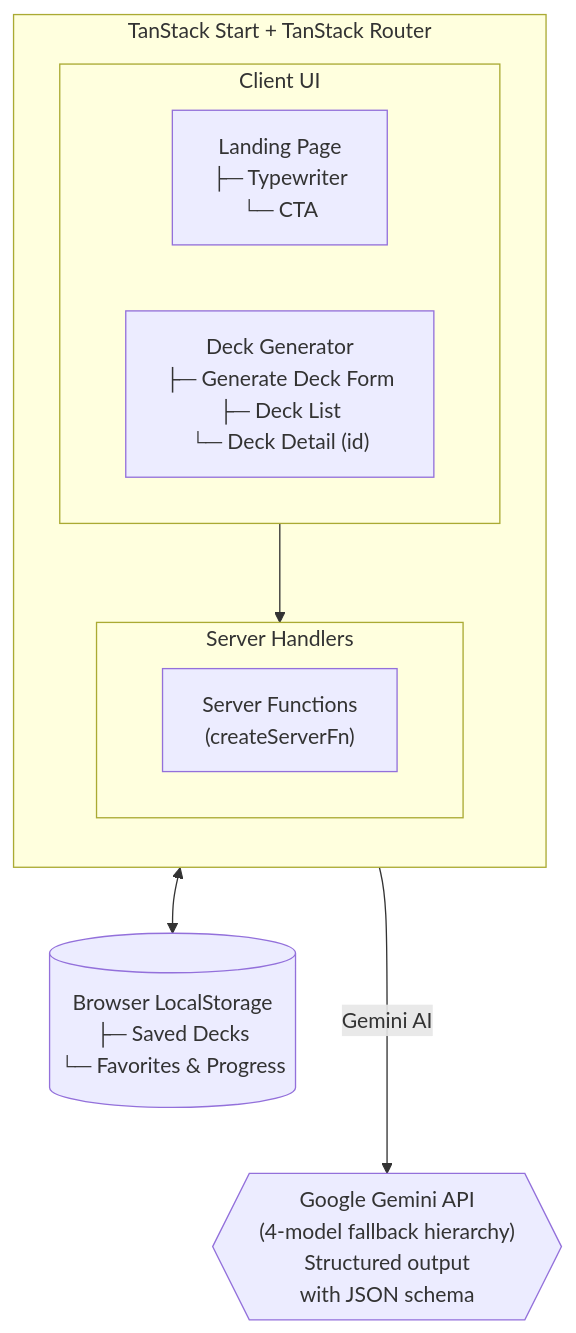
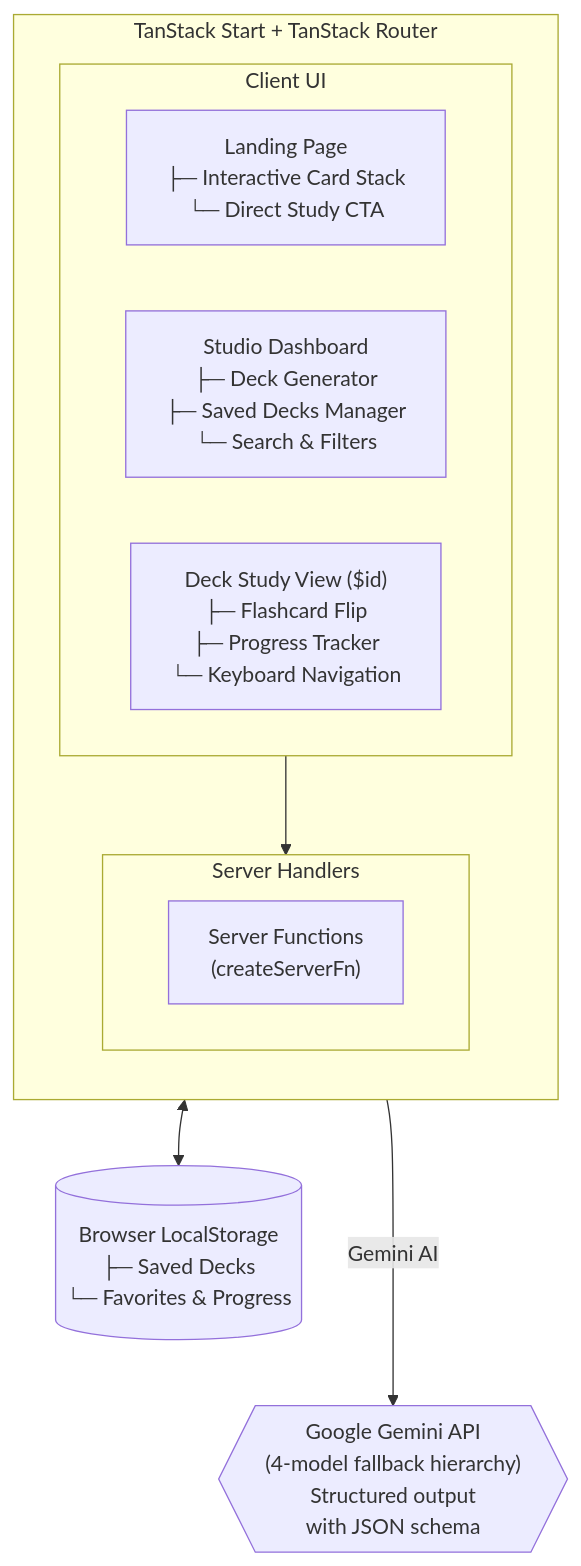
The diagram in README.md (zek01svg/vibecards), drawn with Mermaid before and after one commit. The commit also changed other lines of this file and 4 other files, not shown here.

````diff
--- a/README.md
+++ b/README.md
@@ -13,25 +13,26 @@
 ```mermaid
 flowchart TD
     subgraph TanStack["TanStack Start + TanStack Router"]
         direction TB
 
         subgraph Pages["Client UI"]
             direction LR
-            Landing["Landing Page<br/>├─ Typewriter<br/>└─ CTA"]
-            Dashboard["Deck Generator<br/>├─ Generate Deck Form<br/>├─ Deck List<br/>└─ Deck Detail (id)"]
+            Landing["Landing Page<br/>├─ Interactive Card Stack<br/>└─ Direct Study CTA"]
+            Dashboard["Studio Dashboard<br/>├─ Deck Generator<br/>├─ Saved Decks Manager<br/>└─ Search & Filters"]
+            DeckView["Deck Study View ($id)<br/>├─ Flashcard Flip<br/>├─ Progress Tracker<br/>└─ Keyboard Navigation"]
         end
 
         subgraph Server["Server Handlers"]
             direction LR
             ServerFns["Server Functions<br/>(createServerFn)"]
         end
 
     Pages --> Server
     end
 
     LocalStorage[("Browser LocalStorage<br/>├─ Saved Decks<br/>└─ Favorites & Progress")]
     Gemini{{"Google Gemini API<br/>(4-model fallback hierarchy)<br/>Structured output<br/>with JSON schema"}}
 
     Pages <--> LocalStorage
     ServerFns -- "Gemini AI" ---> Gemini
 ```
````
